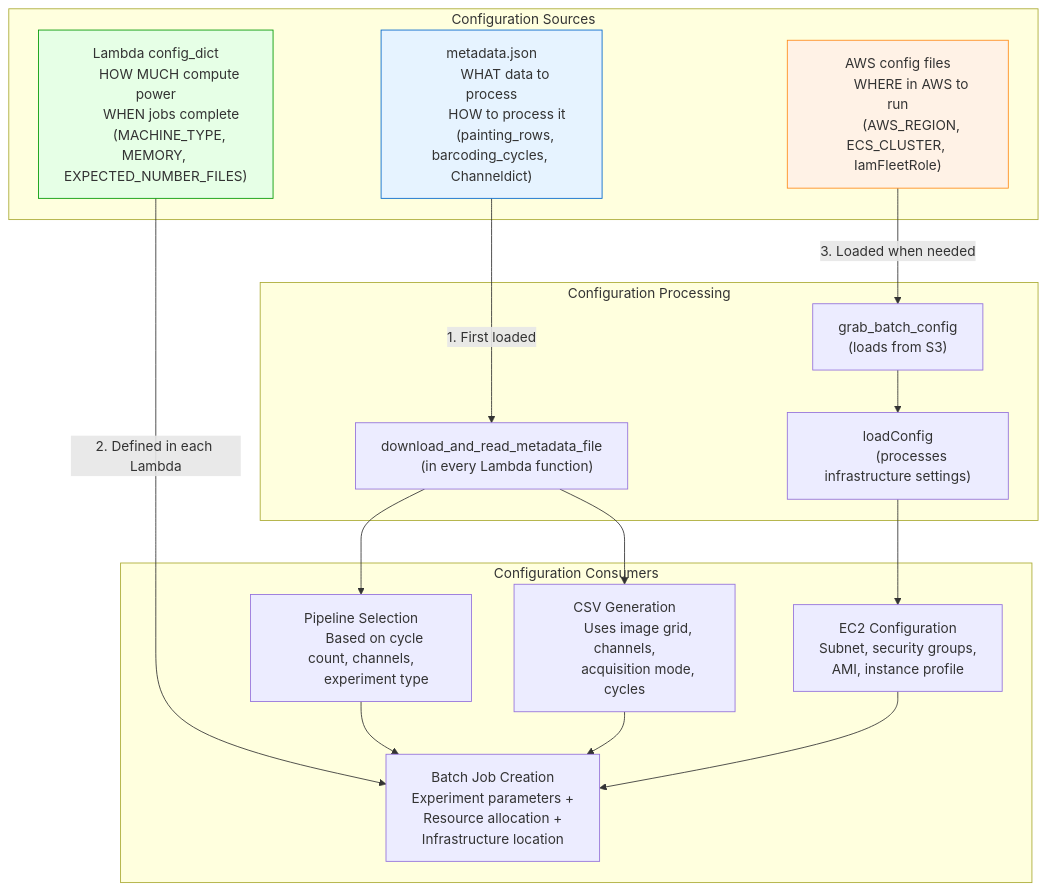
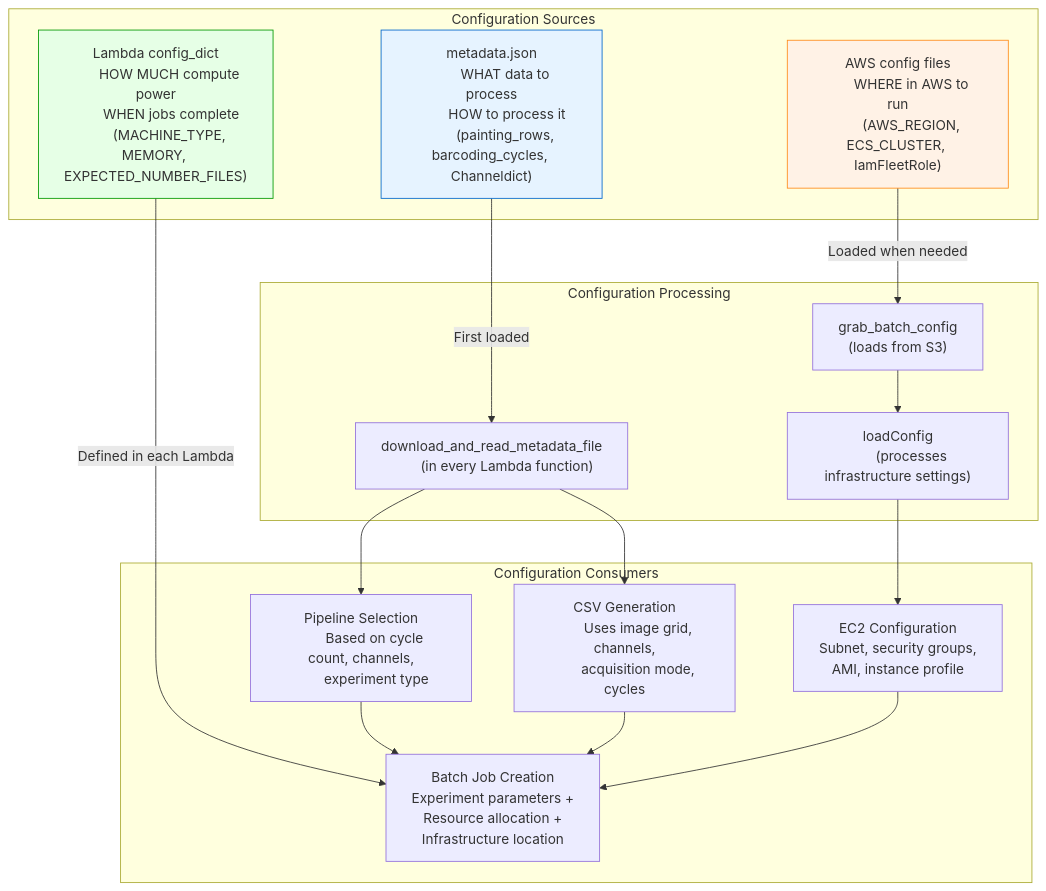
The second of 2 diagrams in docs/CellProfiler_Pipeline_Details.md (shntnu/pooled-cell-painting-image-processing), drawn with Mermaid before and after one commit.

````diff
--- a/docs/CellProfiler_Pipeline_Details.md
+++ b/docs/CellProfiler_Pipeline_Details.md
@@ -123,61 +123,61 @@
 ```mermaid
 flowchart TD
     %% Color-coded configuration sources by layer
     subgraph "Configuration Sources" 
         metadata["metadata.json
         WHAT data to process
         HOW to process it
         (painting_rows, barcoding_cycles, Channeldict)"]:::experimentConfig
         config_dict["Lambda config_dict
         HOW MUCH compute power
         WHEN jobs complete
         (MACHINE_TYPE, MEMORY, EXPECTED_NUMBER_FILES)"]:::computeConfig
         aws_config["AWS config files
         WHERE in AWS to run
         (AWS_REGION, ECS_CLUSTER, IamFleetRole)"]:::infraConfig
     end
     
     subgraph "Configuration Processing" 
         download_metadata["download_and_read_metadata_file
         (in every Lambda function)"]
         grab_config["grab_batch_config
         (loads from S3)"]
         loadConfig["loadConfig
         (processes infrastructure settings)"]
     end
     
     subgraph "Configuration Consumers"
         csv_gen["CSV Generation
         Uses image grid, channels,
         acquisition mode, cycles"]
         batch_creation["Batch Job Creation
         Experiment parameters +
         Resource allocation +
         Infrastructure location"]
         pipeline_selection["Pipeline Selection
         Based on cycle count, channels,
         experiment type"]
         ec2_config["EC2 Configuration
         Subnet, security groups,
         AMI, instance profile"]
     end
     
     %% Configuration flow with numbered sequence
-    metadata -->|1. First loaded| download_metadata
-    config_dict -->|2. Defined in each Lambda| batch_creation
-    aws_config -->|3. Loaded when needed| grab_config
+    metadata -->|First loaded| download_metadata
+    config_dict -->|Defined in each Lambda| batch_creation
+    aws_config -->|Loaded when needed| grab_config
     
     download_metadata --> pipeline_selection
     download_metadata --> csv_gen
     grab_config --> loadConfig
     loadConfig --> ec2_config
     
     pipeline_selection --> batch_creation
     csv_gen --> batch_creation
     ec2_config --> batch_creation
     
     %% Style definitions
     classDef experimentConfig fill:#e6f3ff,stroke:#0066cc
     classDef computeConfig fill:#e6ffe6,stroke:#009900  
     classDef infraConfig fill:#fff2e6,stroke:#ff8c1a
 ```
````
